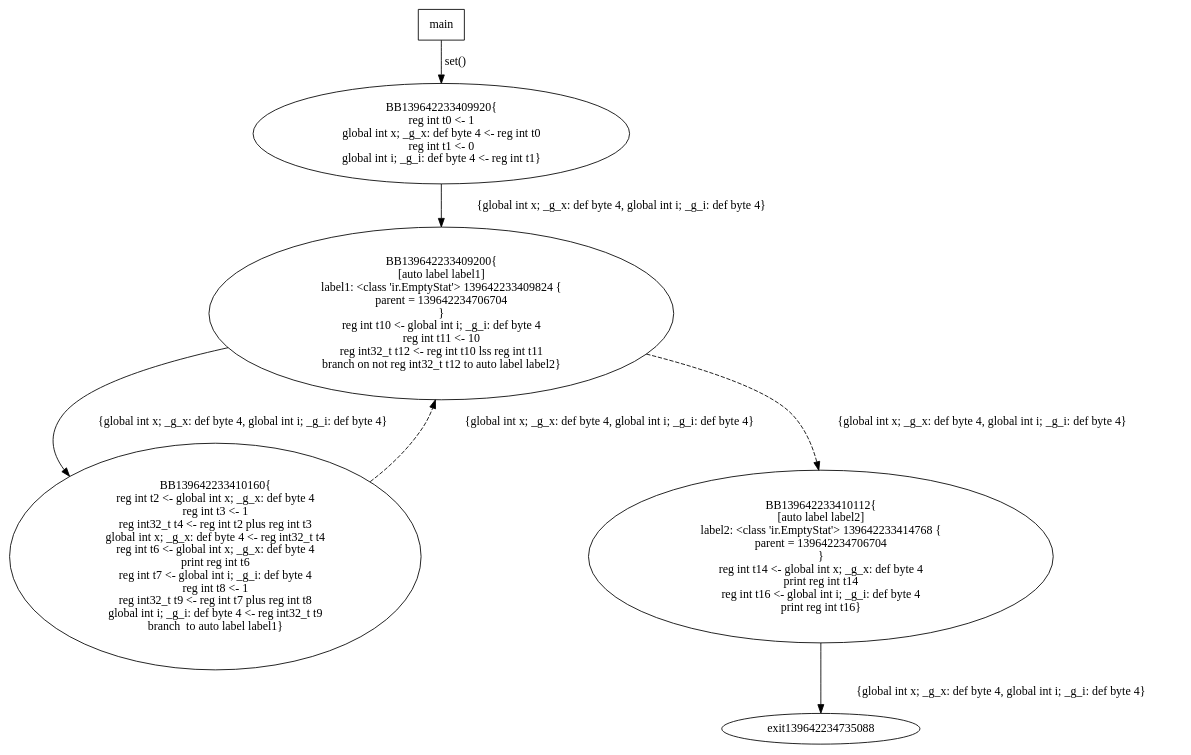
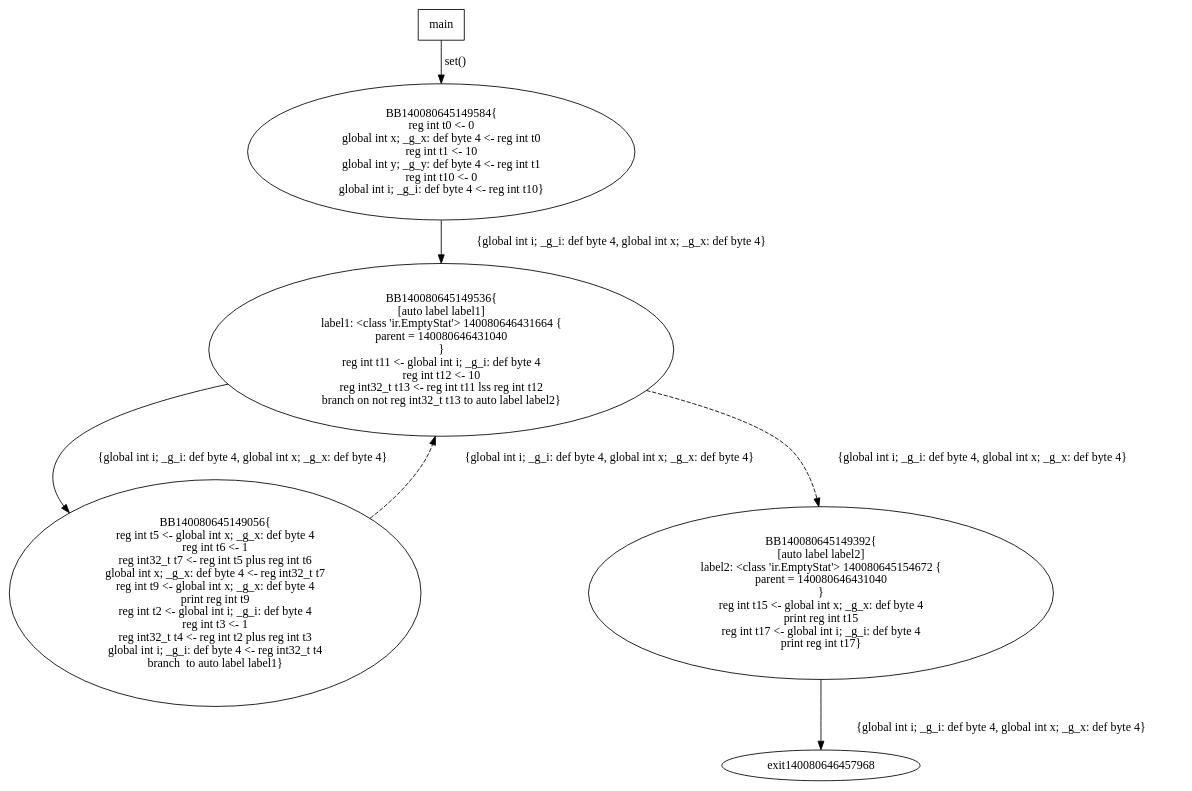
One commit to StefanoBordeianu/COT-Lab changed the diagram in cfg.dot. Above: the diagram before and after it, drawn with Graphviz. The commit also changed 8 other files, not shown here.

```diff
--- a/cfg.dot
+++ b/cfg.dot
@@ -1,17 +1,17 @@
 digraph G {
-139642233409920 [label="BB139642233409920{\nreg int t0 <- 1\nglobal int x; _g_x: def byte 4 <- reg int t0\nreg int t1 <- 0\nglobal int i; _g_i: def byte 4 <- reg int t1}"];
-139642233409920 -> 139642233409200 [label="{global int x; _g_x: def byte 4, global int i; _g_i: def byte 4}"];
-139642233409200 [label="BB139642233409200{\n[auto label label1]\nlabel1: <class 'ir.EmptyStat'> 139642233409824 {
-parent = 139642234706704
-}\nreg int t10 <- global int i; _g_i: def byte 4\nreg int t11 <- 10\nreg int32_t t12 <- reg int t10 lss reg int t11\nbranch on not reg int32_t t12 to auto label label2}"];
-139642233409200 -> 139642233410160 [label="{global int x; _g_x: def byte 4, global int i; _g_i: def byte 4}"];
-139642233409200 -> 139642233410112 [style=dashed,label="{global int x; _g_x: def byte 4, global int i; _g_i: def byte 4}"];
-139642233410160 [label="BB139642233410160{\nreg int t2 <- global int x; _g_x: def byte 4\nreg int t3 <- 1\nreg int32_t t4 <- reg int t2 plus reg int t3\nglobal int x; _g_x: def byte 4 <- reg int32_t t4\nreg int t6 <- global int x; _g_x: def byte 4\nprint reg int t6\nreg int t7 <- global int i; _g_i: def byte 4\nreg int t8 <- 1\nreg int32_t t9 <- reg int t7 plus reg int t8\nglobal int i; _g_i: def byte 4 <- reg int32_t t9\nbranch  to auto label label1}"];
-139642233410160 -> 139642233409200 [style=dashed,label="{global int x; _g_x: def byte 4, global int i; _g_i: def byte 4}"];
-139642233410112 [label="BB139642233410112{\n[auto label label2]\nlabel2: <class 'ir.EmptyStat'> 139642233414768 {
-parent = 139642234706704
-}\nreg int t14 <- global int x; _g_x: def byte 4\nprint reg int t14\nreg int t16 <- global int i; _g_i: def byte 4\nprint reg int t16}"];
-139642233410112 -> exit139642234735088 [label="{global int x; _g_x: def byte 4, global int i; _g_i: def byte 4}"];
+140080645149584 [label="BB140080645149584{\nreg int t0 <- 0\nglobal int x; _g_x: def byte 4 <- reg int t0\nreg int t1 <- 10\nglobal int y; _g_y: def byte 4 <- reg int t1\nreg int t10 <- 0\nglobal int i; _g_i: def byte 4 <- reg int t10}"];
+140080645149584 -> 140080645149536 [label="{global int i; _g_i: def byte 4, global int x; _g_x: def byte 4}"];
+140080645149536 [label="BB140080645149536{\n[auto label label1]\nlabel1: <class 'ir.EmptyStat'> 140080646431664 {
+parent = 140080646431040
+}\nreg int t11 <- global int i; _g_i: def byte 4\nreg int t12 <- 10\nreg int32_t t13 <- reg int t11 lss reg int t12\nbranch on not reg int32_t t13 to auto label label2}"];
+140080645149536 -> 140080645149056 [label="{global int i; _g_i: def byte 4, global int x; _g_x: def byte 4}"];
+140080645149536 -> 140080645149392 [style=dashed,label="{global int i; _g_i: def byte 4, global int x; _g_x: def byte 4}"];
+140080645149056 [label="BB140080645149056{\nreg int t5 <- global int x; _g_x: def byte 4\nreg int t6 <- 1\nreg int32_t t7 <- reg int t5 plus reg int t6\nglobal int x; _g_x: def byte 4 <- reg int32_t t7\nreg int t9 <- global int x; _g_x: def byte 4\nprint reg int t9\nreg int t2 <- global int i; _g_i: def byte 4\nreg int t3 <- 1\nreg int32_t t4 <- reg int t2 plus reg int t3\nglobal int i; _g_i: def byte 4 <- reg int32_t t4\nbranch  to auto label label1}"];
+140080645149056 -> 140080645149536 [style=dashed,label="{global int i; _g_i: def byte 4, global int x; _g_x: def byte 4}"];
+140080645149392 [label="BB140080645149392{\n[auto label label2]\nlabel2: <class 'ir.EmptyStat'> 140080645154672 {
+parent = 140080646431040
+}\nreg int t15 <- global int x; _g_x: def byte 4\nprint reg int t15\nreg int t17 <- global int i; _g_i: def byte 4\nprint reg int t17}"];
+140080645149392 -> exit140080646457968 [label="{global int i; _g_i: def byte 4, global int x; _g_x: def byte 4}"];
 main [shape=box];
-main -> 139642233409920 [label="set()"];
+main -> 140080645149584 [label="set()"];
 }
```
